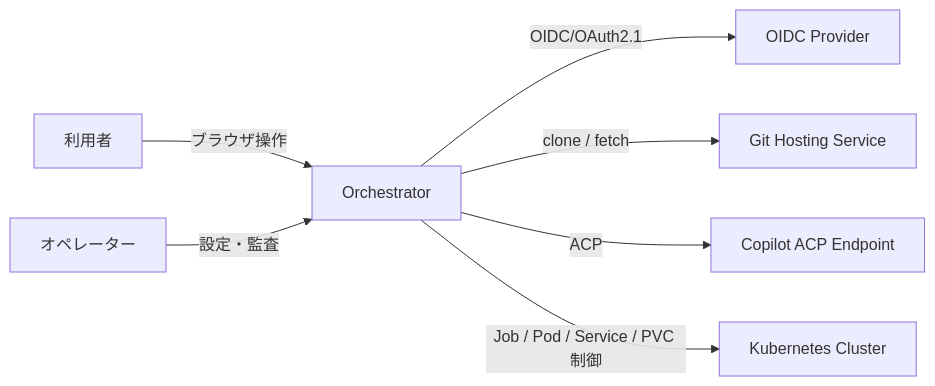
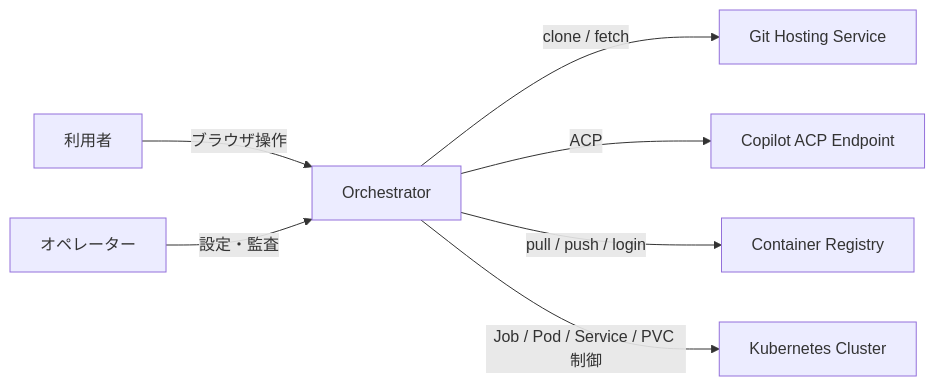
One commit to chalharu/copilot-sandbox-container changed the first of 8 diagrams in docs/reference/orchestrator-basic-design.md. Above: the diagram before and after it, drawn with Mermaid. The commit also changed other lines of this file and 2 other files, not shown here.

Commit message:
docs(reference): refine orchestrator auth design

````diff
--- a/docs/reference/orchestrator-basic-design.md
+++ b/docs/reference/orchestrator-basic-design.md
@@ -55,17 +63,17 @@
 ```mermaid
 flowchart LR
   user["利用者"]
   admin["オペレーター"]
   orchestrator["Orchestrator"]
-  idp["OIDC Provider"]
   git["Git Hosting Service"]
   copilot["Copilot ACP Endpoint"]
+  registry["Container Registry"]
   k8s["Kubernetes Cluster"]
 
   user -->|ブラウザ操作| orchestrator
   admin -->|設定・監査| orchestrator
-  orchestrator -->|OIDC/OAuth2.1| idp
   orchestrator -->|clone / fetch| git
   orchestrator -->|ACP| copilot
+  orchestrator -->|pull / push / login| registry
   orchestrator -->|Job / Pod / Service / PVC 制御| k8s
 ```
````
